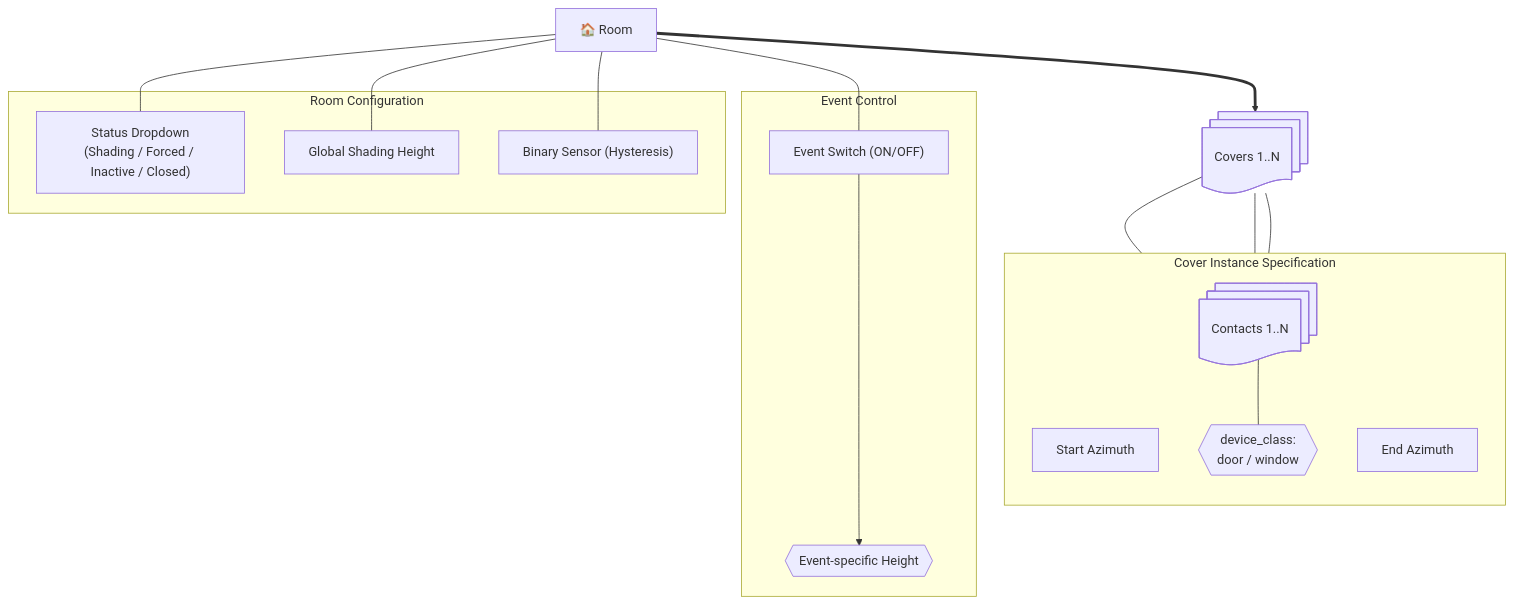
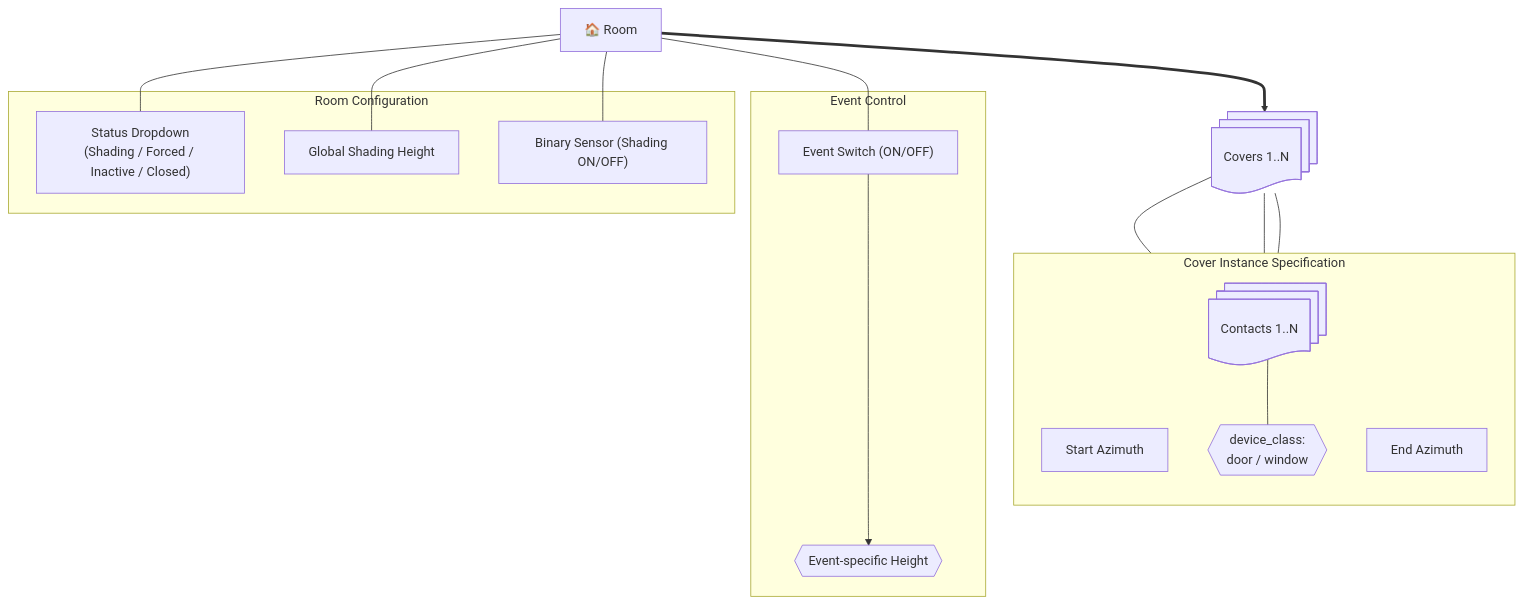
Before and after one commit to Revilo91/rollladensteuerung: the diagram in README.md, drawn with Mermaid. The commit also changed other lines of this file, not shown here.

````diff
--- a/README.md
+++ b/README.md
@@ -75,47 +75,47 @@
 ```mermaid
 flowchart TD
     %% Room Level
     Room["🏠 Room"]
 
     subgraph RoomParams [Room Configuration]
         State["Status Dropdown<br/>(Shading / Forced / Inactive / Closed)"]
         BaseHeight["Global Shading Height"]
-        Hysteresis["Binary Sensor (Hysteresis)"]
+        Hysteresis["Binary Sensor (Shading ON/OFF)"]
     end
 
     subgraph EventSwitch [Event Control]
         Toggle["Event Switch (ON/OFF)"]
         EvHeight{{"Event-specific Height"}}
     end
 
     %% Links to Room
     Room --- State
     Room --- BaseHeight
     Room --- Hysteresis
     Room --- Toggle
     Toggle ---> EvHeight
 
     %% Stacked Covers using 'docs' shape
     CoverStack@{ shape: docs, label: "Covers 1..N" }
 
     Room ==> CoverStack
 
     subgraph CoverDetails [Cover Instance Specification]
         direction TB
 
         %% Separate Azimuth Nodes
         StartAz["Start Azimuth"]
         EndAz["End Azimuth"]
 
         %% Stacked Contacts with Device Class
         ContactStack@{ shape: docs, label: "Contacts 1..N" }
         DClass{{"device_class:<br/>door / window"}}
 
         ContactStack --- DClass
     end
 
     %% Connect the stack to its shared definition
     CoverStack --- StartAz
     CoverStack --- EndAz
     CoverStack --- ContactStack
  ```
````
